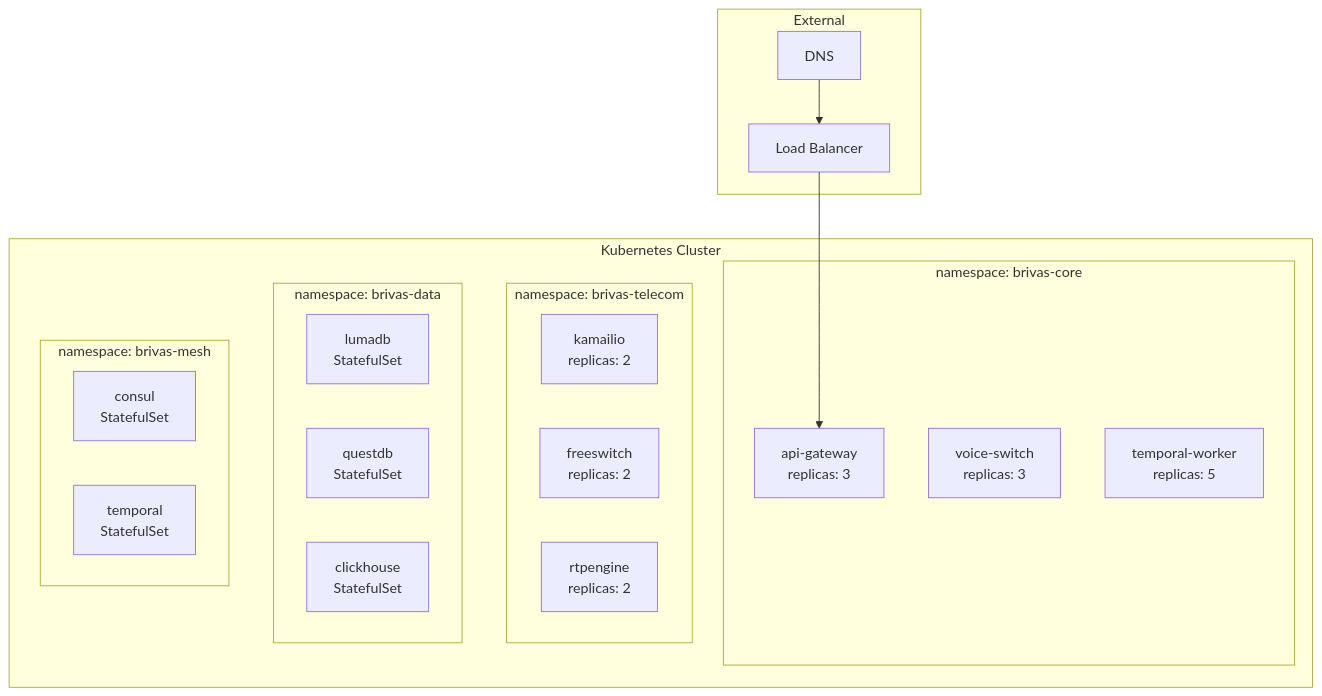
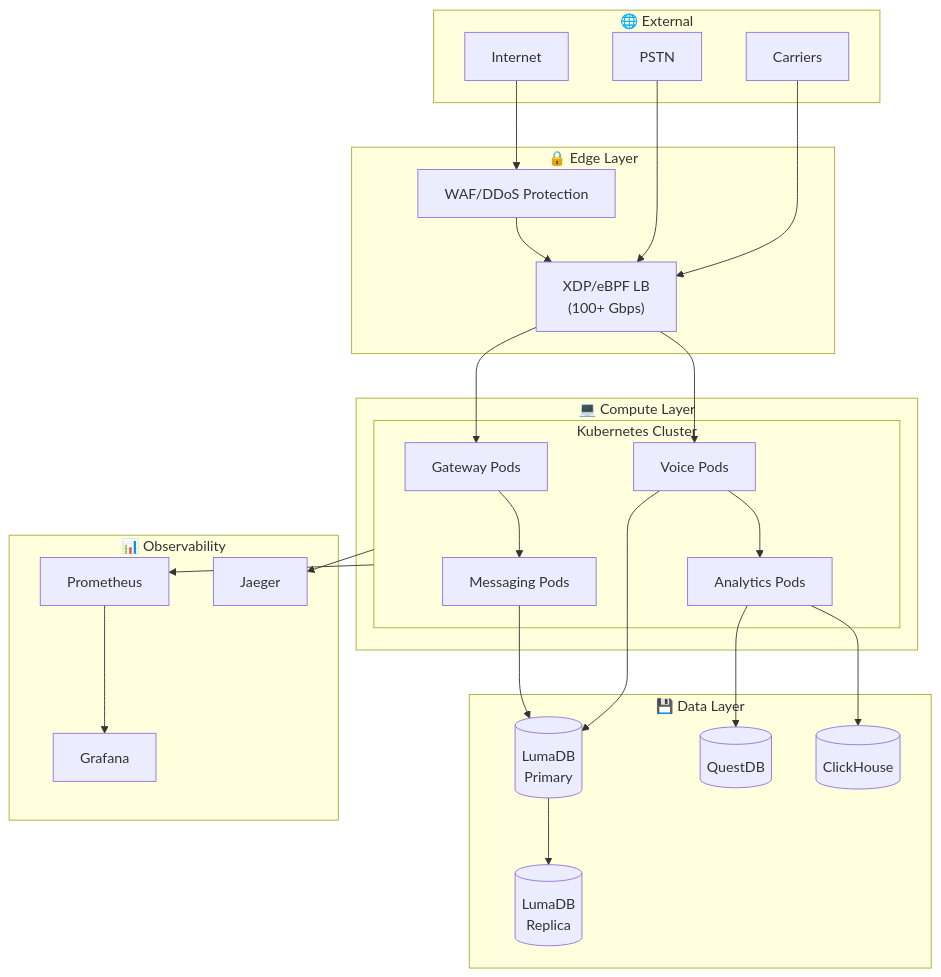
One commit to billyronks/Project-Catalyst-Merged changed the seventh of 7 diagrams in unified-brivas-platform/docs/ARCHITECTURE.md. Above: the diagram before and after it, drawn with Mermaid. The commit also changed other lines of this file and 13 other files, not shown here.

First line of the commit message:
refactor: Consolidate voice infrastructure and update architecture docs

````diff
--- a/unified-brivas-platform/docs/ARCHITECTURE.md
+++ b/unified-brivas-platform/docs/ARCHITECTURE.md
@@ -287,35 +407,57 @@
 ```mermaid
 flowchart TB
-    subgraph K8s["Kubernetes Cluster"]
-        subgraph NS_Core["namespace: brivas-core"]
-            GW_POD["api-gateway<br/>replicas: 3"]
-            VS_POD["voice-switch<br/>replicas: 3"]
-            TW_POD["temporal-worker<br/>replicas: 5"]
-        end
-        
-        subgraph NS_Telecom["namespace: brivas-telecom"]
-            KAM_POD["kamailio<br/>replicas: 2"]
-            FS_POD["freeswitch<br/>replicas: 2"]
-            RTP_POD["rtpengine<br/>replicas: 2"]
-        end
-        
-        subgraph NS_Data["namespace: brivas-data"]
-            LUMA_SS["lumadb<br/>StatefulSet"]
-            QUEST_SS["questdb<br/>StatefulSet"]
-            CH_SS["clickhouse<br/>StatefulSet"]
-        end
-        
-        subgraph NS_Mesh["namespace: brivas-mesh"]
-            CONSUL_SS["consul<br/>StatefulSet"]
-            TEMP_SS["temporal<br/>StatefulSet"]
+    subgraph External["🌐 External"]
+        Internet["Internet"]
+        Carriers["Carriers"]
+        PSTN["PSTN"]
+    end
+
+    subgraph Edge["🔒 Edge Layer"]
+        XDP2["XDP/eBPF LB<br/>(100+ Gbps)"]
+        WAF["WAF/DDoS Protection"]
+    end
+
+    subgraph Compute["💻 Compute Layer"]
+        subgraph K8s["Kubernetes Cluster"]
+            Gateway["Gateway Pods"]
+            Voice2["Voice Pods"]
+            Messaging3["Messaging Pods"]
+            Analytics2["Analytics Pods"]
         end
     end
 
-    subgraph External["External"]
-        LB["Load Balancer"]
-        DNS["DNS"]
+    subgraph Data2["💾 Data Layer"]
+        LumaDB4[("LumaDB<br/>Primary")]
+        LumaDB_R[("LumaDB<br/>Replica")]
+        QuestDB4[("QuestDB")]
+        ClickHouse4[("ClickHouse")]
     end
 
-    LB --> GW_POD
-    DNS --> LB
+    subgraph Observability3["📊 Observability"]
+        Grafana3["Grafana"]
+        Prometheus3["Prometheus"]
+        Jaeger3["Jaeger"]
+    end
+
+    Internet --> WAF
+    Carriers --> XDP2
+    PSTN --> XDP2
+    
+    WAF --> XDP2
+    XDP2 --> Gateway
+    XDP2 --> Voice2
+    
+    Gateway --> Messaging3
+    Voice2 --> Analytics2
+    
+    Voice2 --> LumaDB4
+    Messaging3 --> LumaDB4
+    Analytics2 --> QuestDB4
+    Analytics2 --> ClickHouse4
+    
+    LumaDB4 --> LumaDB_R
+    
+    K8s --> Prometheus3
+    Prometheus3 --> Grafana3
+    K8s --> Jaeger3
 ```
````
